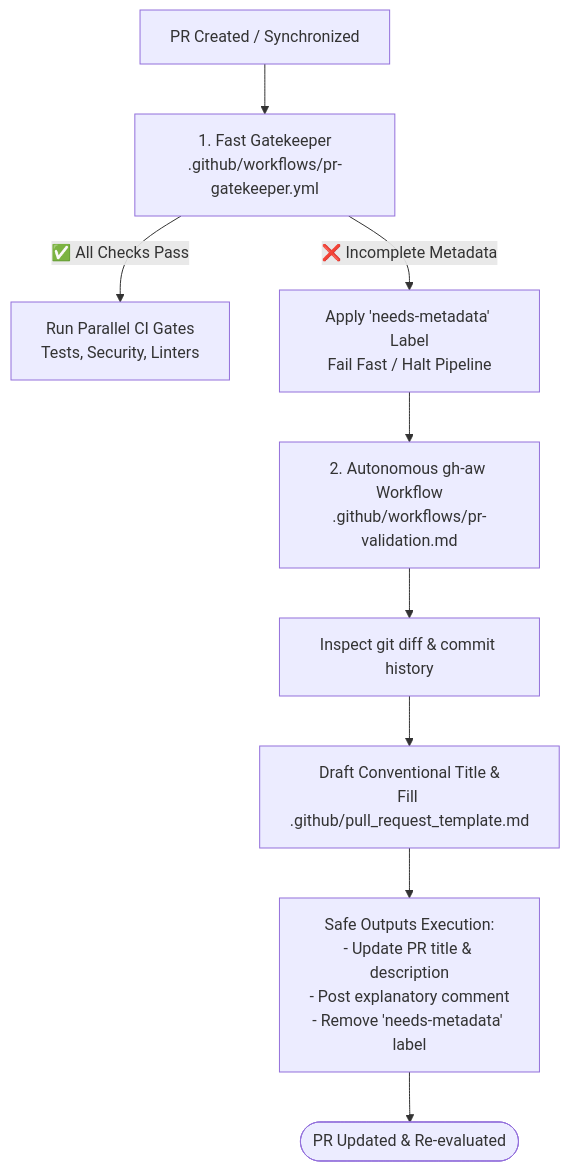
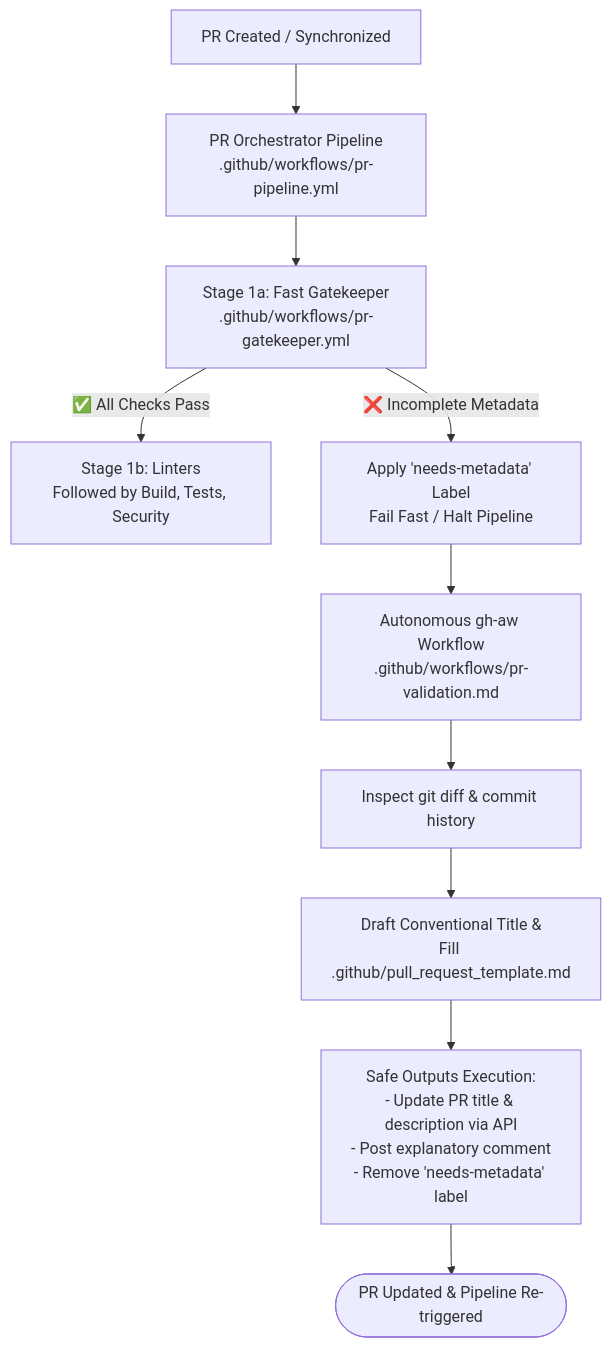
Before and after one commit to SitoaderOrg/ForgeFlow: the diagram in docs/pr-gatekeeper-and-validation.md, drawn with Mermaid. The commit also changed 9 other files, not shown here.

First line of the commit message:
docs: align architecture overviews and mermaid diagrams with staged orchestrator pipeline

````diff
--- a/docs/pr-gatekeeper-and-validation.md
+++ b/docs/pr-gatekeeper-and-validation.md
@@ -9,13 +9,14 @@
 ```mermaid
 flowchart TD
-    PR[PR Created / Synchronized] --> Gatekeeper[1. Fast Gatekeeper\n.github/workflows/pr-gatekeeper.yml]
+    PR[PR Created / Synchronized] --> Pipeline[PR Orchestrator Pipeline\n.github/workflows/pr-pipeline.yml]
+    Pipeline --> Gatekeeper[Stage 1a: Fast Gatekeeper\n.github/workflows/pr-gatekeeper.yml]
     
-    Gatekeeper -->|✅ All Checks Pass| DownstreamCI[Run Parallel CI Gates\nTests, Security, Linters]
+    Gatekeeper -->|✅ All Checks Pass| DownstreamCI[Stage 1b: Linters\nFollowed by Build, Tests, Security]
     Gatekeeper -->|❌ Incomplete Metadata| AddLabel[Apply 'needs-metadata' Label\nFail Fast / Halt Pipeline]
     
-    AddLabel --> Assistant[2. Autonomous gh-aw Workflow\n.github/workflows/pr-validation.md]
+    AddLabel --> Assistant[Autonomous gh-aw Workflow\n.github/workflows/pr-validation.md]
     Assistant --> Analyze[Inspect git diff & commit history]
     Analyze --> Generate[Draft Conventional Title &\nFill .github/pull_request_template.md]
-    Generate --> SafeOutputs[Safe Outputs Execution:\n- Update PR title & description\n- Post explanatory comment\n- Remove 'needs-metadata' label]
-    SafeOutputs --> Recheck([PR Updated & Re-evaluated])
+    Generate --> SafeOutputs[Safe Outputs Execution:\n- Update PR title & description via API\n- Post explanatory comment\n- Remove 'needs-metadata' label]
+    SafeOutputs --> Recheck([PR Updated & Pipeline Re-triggered])
 ```
````
